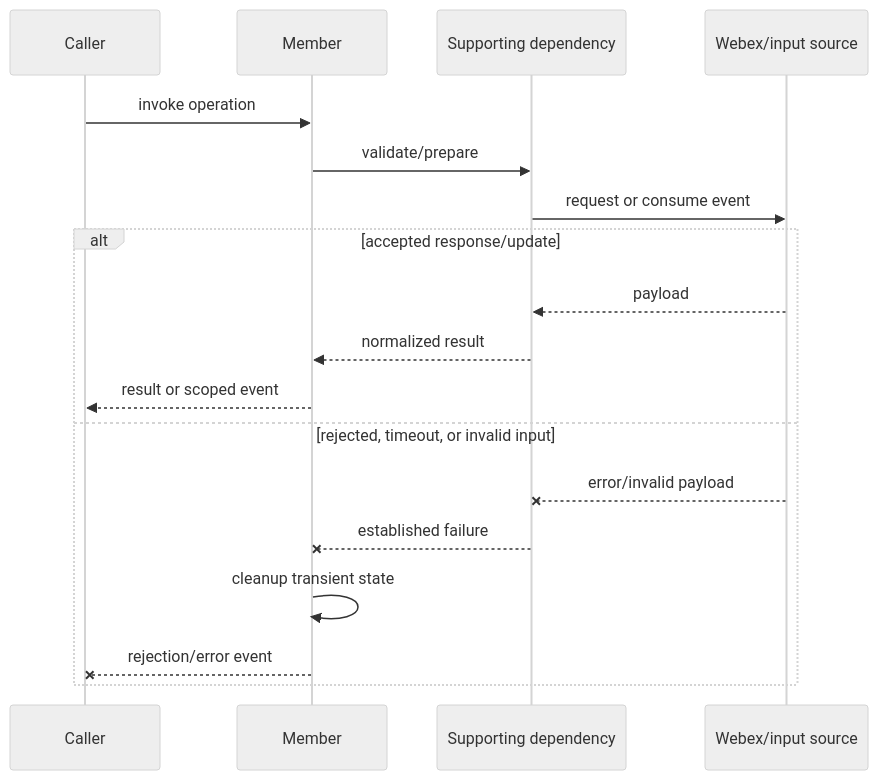
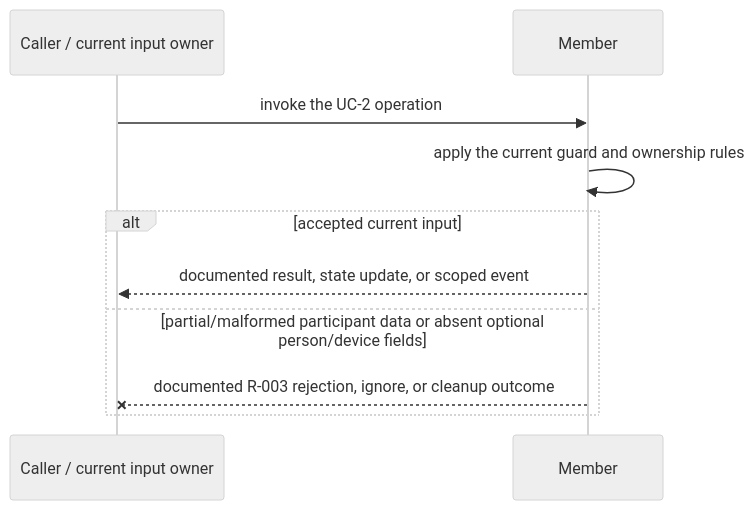
Before and after one commit to webex/webex-js-sdk: the third of 4 diagrams in packages/@webex/plugin-meetings/src/member/ai-docs/member-spec.md, drawn with Mermaid (neutral theme). The commit also changed other lines of this file and 26 other files, not shown here.

````diff
--- a/packages/@webex/plugin-meetings/src/member/ai-docs/member-spec.md
+++ b/packages/@webex/plugin-meetings/src/member/ai-docs/member-spec.md
@@ -120,20 +130,12 @@
 ```mermaid
 sequenceDiagram
-  participant C as Caller
+  participant C as Caller / current input owner
   participant M as Member
-  participant D as Supporting dependency
-  participant W as Webex/input source
-  C->>M: invoke operation
-  M->>D: validate/prepare
-  D->>W: request or consume event
-  alt accepted response/update
-    W-->>D: payload
-    D-->>M: normalized result
-    M-->>C: result or scoped event
-  else rejected, timeout, or invalid input
-    W--xD: error/invalid payload
-    D--xM: established failure
-    M->>M: cleanup transient state
-    M--xC: rejection/error event
+  C->>M: invoke the UC-2 operation
+  M->>M: apply the current guard and ownership rules
+  alt accepted current input
+    M-->>C: documented result, state update, or scoped event
+  else partial/malformed participant data or absent optional person/device fields
+    M--xC: documented R-003 rejection, ignore, or cleanup outcome
   end
 ```
````
